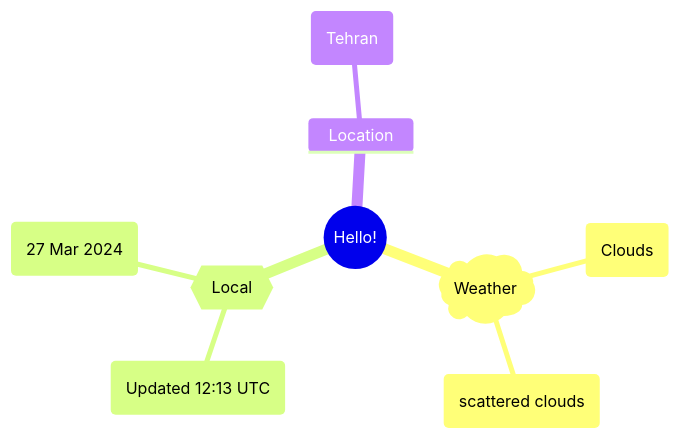
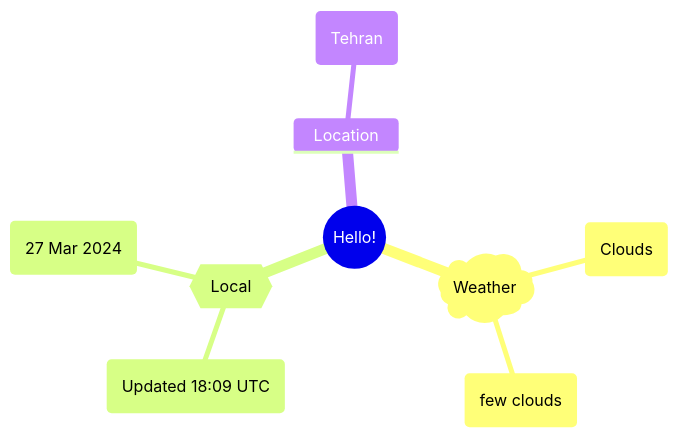
The first of 2 diagrams in README.md (Xosrov/Xosrov), drawn with Mermaid before and after one commit.

Commit message:
[bot] updated images

````diff
--- a/README.md
+++ b/README.md
@@ -3,12 +3,12 @@
 ```mermaid
 mindmap
   root((Hello!))
     )Weather(
         (Clouds)
-        (scattered clouds)
+        (few clouds)
     {{Local}}
-        (Updated 12:13 UTC)
+        (Updated 18:09 UTC)
         (27 Mar 2024)
     Location
         (Tehran)
 ```
````
